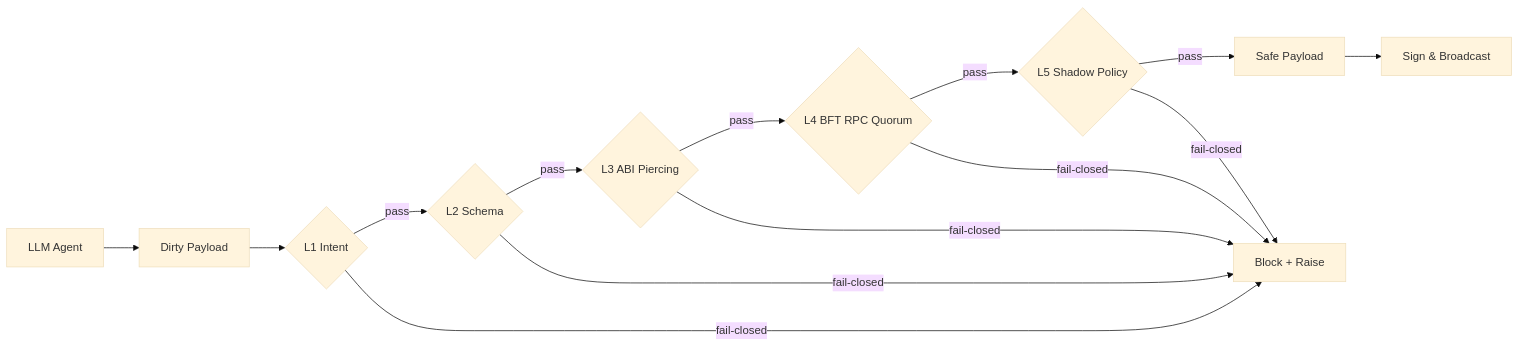
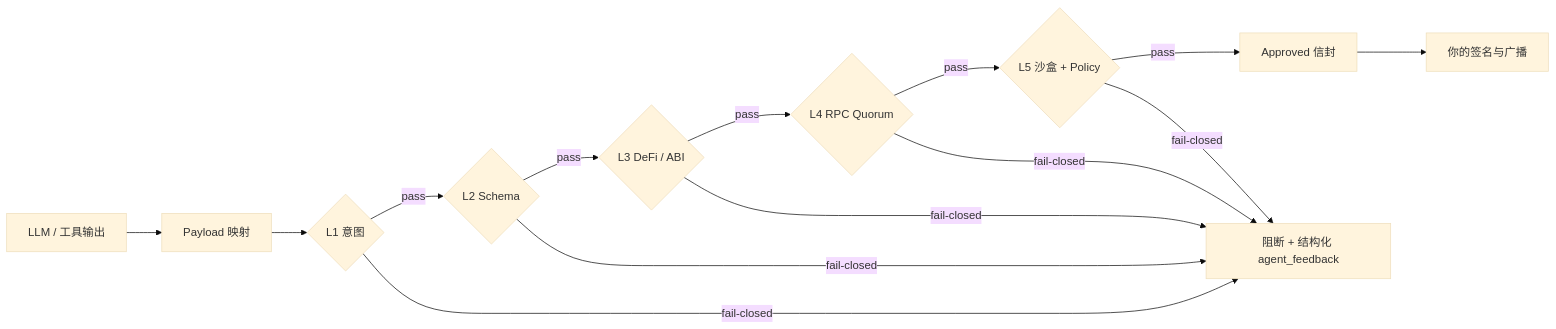
Before and after one commit to lokii-D/lirix: the second of 2 diagrams in README.md, drawn with Mermaid (base theme). The commit also changed other lines of this file and 264 other files, not shown here.

````diff
--- a/README.md
+++ b/README.md
@@ -394,17 +372,17 @@
 ```mermaid
 flowchart LR
-  A[LLM Agent] --> B[Dirty Payload]
-  B --> C{L1 Intent}
+  A[LLM / 工具输出] --> B[Payload 映射]
+  B --> C{L1 意图}
   C -- pass --> D{L2 Schema}
-  D -- pass --> E{L3 ABI Piercing}
-  E -- pass --> F{L4 BFT RPC Quorum}
-  F -- pass --> G{L5 Shadow Policy}
-  G -- pass --> H[Safe Payload]
-  H --> I[Sign & Broadcast]
+  D -- pass --> E{L3 DeFi / ABI}
+  E -- pass --> F{L4 RPC Quorum}
+  F -- pass --> G{L5 沙盒 + Policy}
+  G -- pass --> H[Approved 信封]
+  H --> I[你的签名与广播]
 
-  C -- fail-closed --> X[Block + Raise]
+  C -- fail-closed --> X[阻断 + 结构化 agent_feedback]
   D -- fail-closed --> X
   E -- fail-closed --> X
   F -- fail-closed --> X
   G -- fail-closed --> X
 ```
````
